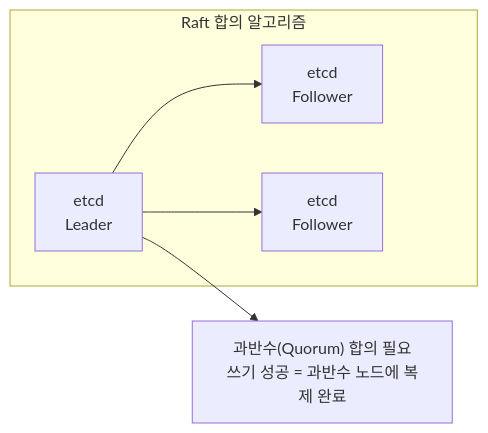
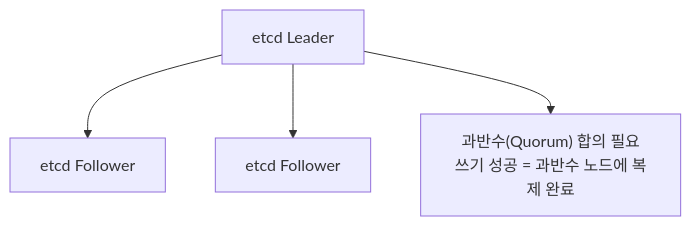
The fifth of 16 diagrams in _posts/2025-12-23-kubernetes-02-architecture.md (K-Diger/k-diger.github.io), drawn with Mermaid before and after one commit. The commit also changed other lines of this file and 13 other files, not shown here.

````diff
--- a/_posts/2025-12-23-kubernetes-02-architecture.md
+++ b/_posts/2025-12-23-kubernetes-02-architecture.md
@@ -143,11 +144,11 @@
 ```mermaid
-flowchart LR
-    subgraph Raft["Raft 합의 알고리즘"]
-        L["etcd<br/>Leader"]
-        F1["etcd<br/>Follower"]
-        F2["etcd<br/>Follower"]
-    end
+flowchart TB
+    L["etcd Leader"]
+    F1["etcd Follower"]
+    F2["etcd Follower"]
+    Q["과반수(Quorum) 합의 필요<br/>쓰기 성공 = 과반수 노드에 복제 완료"]
+
     L --> F1
     L --> F2
-    L --> Q["과반수(Quorum) 합의 필요<br/>쓰기 성공 = 과반수 노드에 복제 완료"]
+    L --> Q
 ```
````
